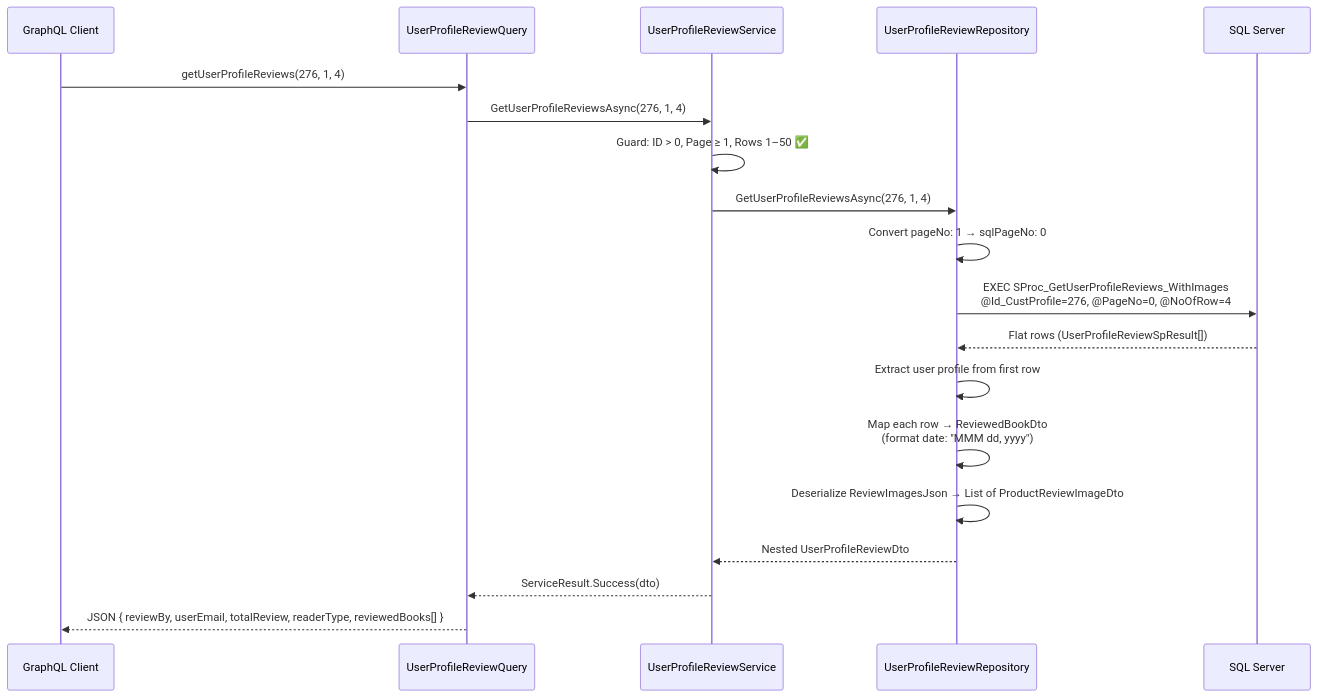
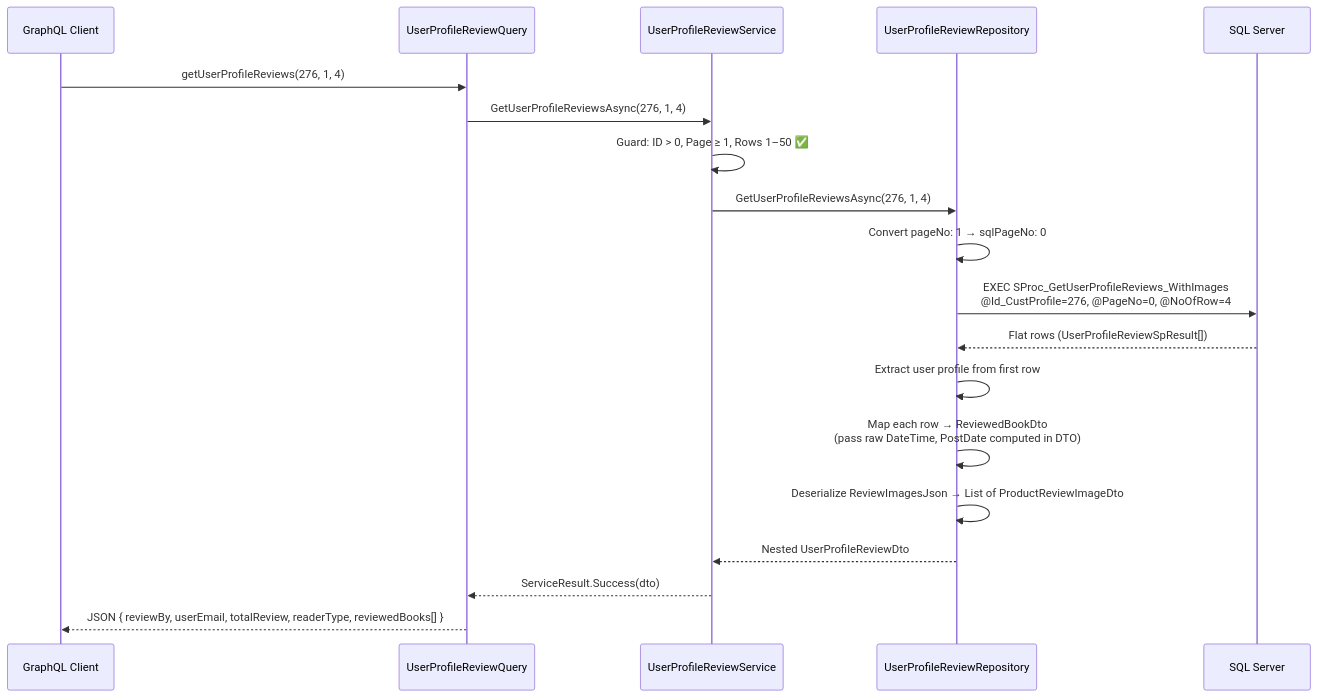
The third of 4 diagrams in ReviewService.Api/README.md (Rashmi-1609/BookswagonAPI25), drawn with Mermaid before and after one commit. The commit also changed other lines of this file, not shown here.

````diff
--- a/ReviewService.Api/README.md
+++ b/ReviewService.Api/README.md
@@ -288,22 +290,22 @@
 ```mermaid
 sequenceDiagram
     participant Client as GraphQL Client
     participant Query as UserProfileReviewQuery
     participant Service as UserProfileReviewService
     participant Repo as UserProfileReviewRepository
     participant DB as SQL Server
 
     Client->>Query: getUserProfileReviews(276, 1, 4)
     Query->>Service: GetUserProfileReviewsAsync(276, 1, 4)
     Service->>Service: Guard: ID > 0, Page ≥ 1, Rows 1–50 ✅
     Service->>Repo: GetUserProfileReviewsAsync(276, 1, 4)
     Repo->>Repo: Convert pageNo: 1 → sqlPageNo: 0
     Repo->>DB: EXEC SProc_GetUserProfileReviews_WithImages<br>@Id_CustProfile=276, @PageNo=0, @NoOfRow=4
     DB-->>Repo: Flat rows (UserProfileReviewSpResult[])
     Repo->>Repo: Extract user profile from first row
-    Repo->>Repo: Map each row → ReviewedBookDto<br>(format date: "MMM dd, yyyy")
+    Repo->>Repo: Map each row → ReviewedBookDto<br>(pass raw DateTime, PostDate computed in DTO)
     Repo->>Repo: Deserialize ReviewImagesJson → List of ProductReviewImageDto
     Repo-->>Service: Nested UserProfileReviewDto
     Service-->>Query: ServiceResult.Success(dto)
     Query-->>Client: JSON { reviewBy, userEmail, totalReview, readerType, reviewedBooks[] }
 ```
````
